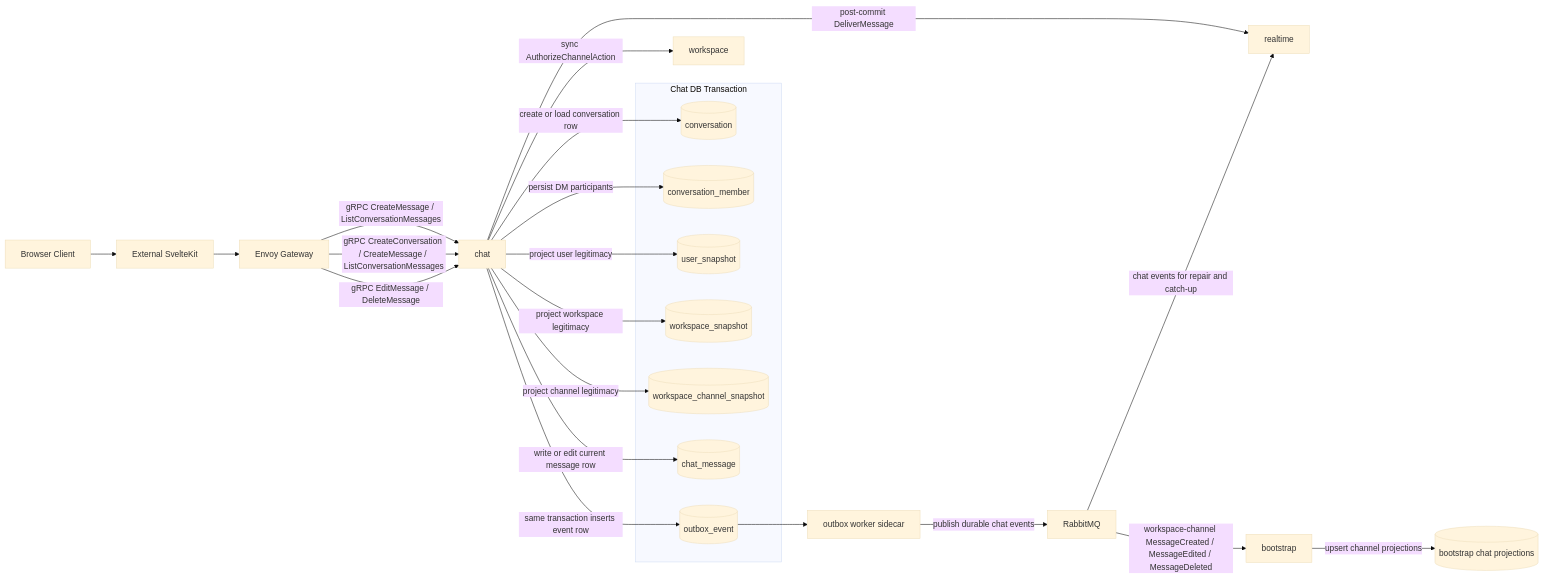
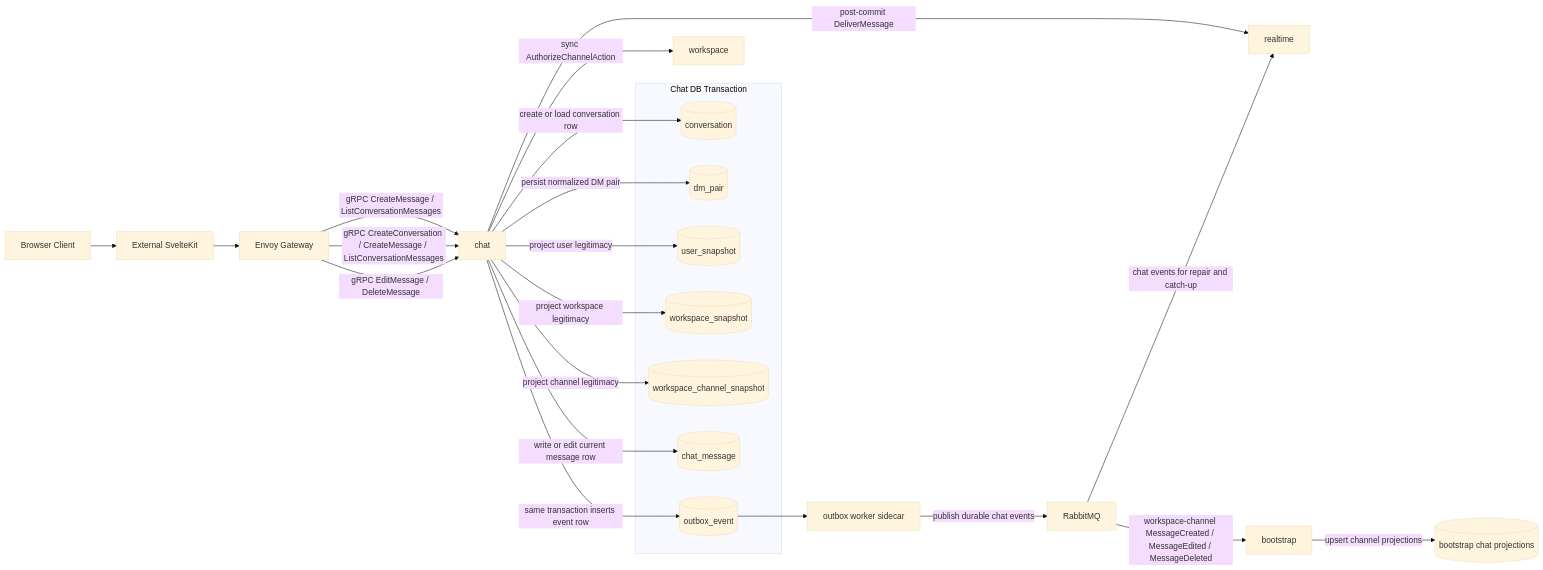
One commit to nthnf/Relay changed the diagram in docs/service/chat/diagram.md. Above: the diagram before and after it, drawn with Mermaid (base theme). The commit also changed other lines of this file and 27 other files, not shown here.

````diff
--- a/docs/service/chat/diagram.md
+++ b/docs/service/chat/diagram.md
@@ -3,36 +3,36 @@
 ```mermaid
 flowchart LR
     Browser[Browser Client] --> App[External SvelteKit]
     App --> Gateway[Envoy Gateway]
     Gateway -->|gRPC CreateMessage / ListConversationMessages| Chat[chat]
     Gateway -->|gRPC CreateConversation / CreateMessage / ListConversationMessages| Chat
     Gateway -->|gRPC EditMessage / DeleteMessage| Chat
     Chat -->|sync AuthorizeChannelAction| Workspace[workspace]
 
     subgraph Chat DB Transaction
         C[(conversation)]
-        CMEM[(conversation_member)]
+        DP[(dm_pair)]
         US[(user_snapshot)]
         WS[(workspace_snapshot)]
         WCS[(workspace_channel_snapshot)]
         CM[(chat_message)]
         O[(outbox_event)]
     end
 
     Chat -->|create or load conversation row| C
-    Chat -->|persist DM participants| CMEM
+    Chat -->|persist normalized DM pair| DP
     Chat -->|project user legitimacy| US
     Chat -->|project workspace legitimacy| WS
     Chat -->|project channel legitimacy| WCS
     Chat -->|write or edit current message row| CM
     Chat -->|same transaction inserts event row| O
 
     Chat -->|post-commit DeliverMessage| Realtime[realtime]
 
     O --> Worker[outbox worker sidecar]
     Worker -->|publish durable chat events| RabbitMQ[RabbitMQ]
     RabbitMQ -->|workspace-channel MessageCreated / MessageEdited / MessageDeleted| Bootstrap[bootstrap]
     RabbitMQ -->|chat events for repair and catch-up| Realtime
 
     Bootstrap -->|upsert channel projections| Projections[(bootstrap chat projections)]
 ```
````
